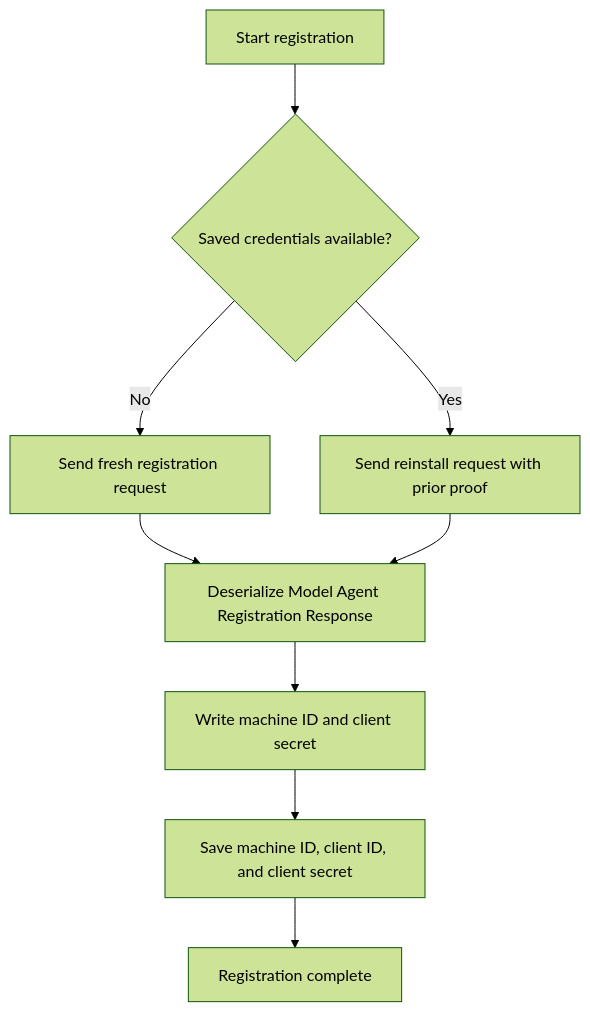
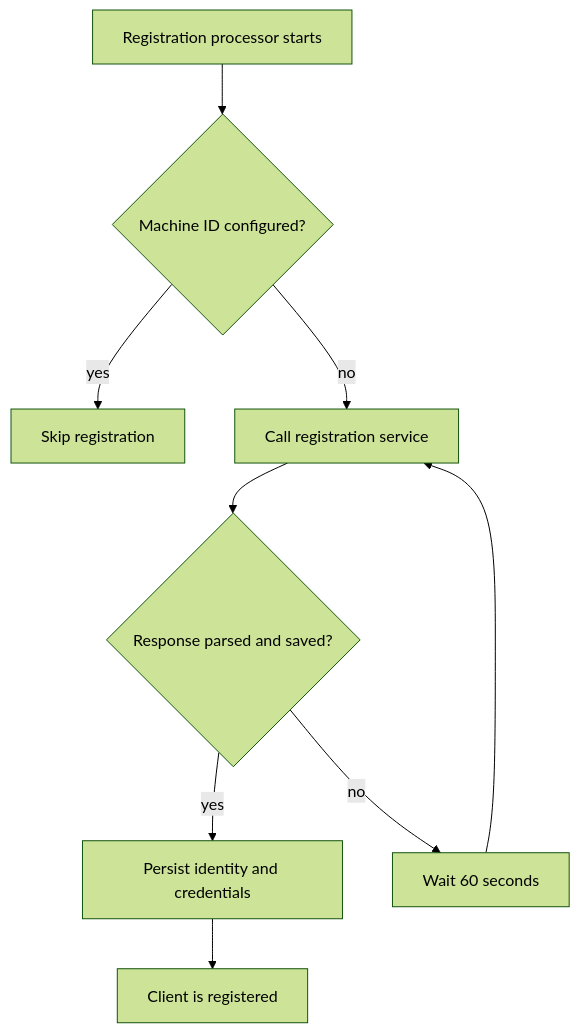
The third of 3 diagrams in docs/reference/architecture/openframe-client-core/model-agent-registration-response/model-agent-registration-response.md (flamingo-stack/openframe-oss-tenant), drawn with Mermaid (forest theme) before and after one commit. The commit also changed other lines of this file and 2377 other files, not shown here.

````diff
--- a/docs/reference/architecture/openframe-client-core/model-agent-registration-response/model-agent-registration-response.md
+++ b/docs/reference/architecture/openframe-client-core/model-agent-registration-response/model-agent-registration-response.md
@@ -93,11 +80,11 @@
 ```mermaid
 flowchart TD
-    Start["Start registration"] --> Existing{"Saved credentials available?"}
-    Existing -->|"No"| Fresh["Send fresh registration request"]
-    Existing -->|"Yes"| Reinstall["Send reinstall request with prior proof"]
-    Fresh --> Decode["Deserialize Model Agent Registration Response"]
-    Reinstall --> Decode
-    Decode --> PersistMachine["Write machine ID and client secret"]
-    PersistMachine --> PersistConfig["Save machine ID, client ID, and client secret"]
-    PersistConfig --> Complete["Registration complete"]
+    Begin["Registration processor starts"] --> Existing{"Machine ID configured?"}
+    Existing -->|"yes"| Registered["Skip registration"]
+    Existing -->|"no"| Attempt["Call registration service"]
+    Attempt --> Result{"Response parsed and saved?"}
+    Result -->|"yes"| Persist["Persist identity and credentials"]
+    Persist --> Complete["Client is registered"]
+    Result -->|"no"| Wait["Wait 60 seconds"]
+    Wait --> Attempt
 ```
````
